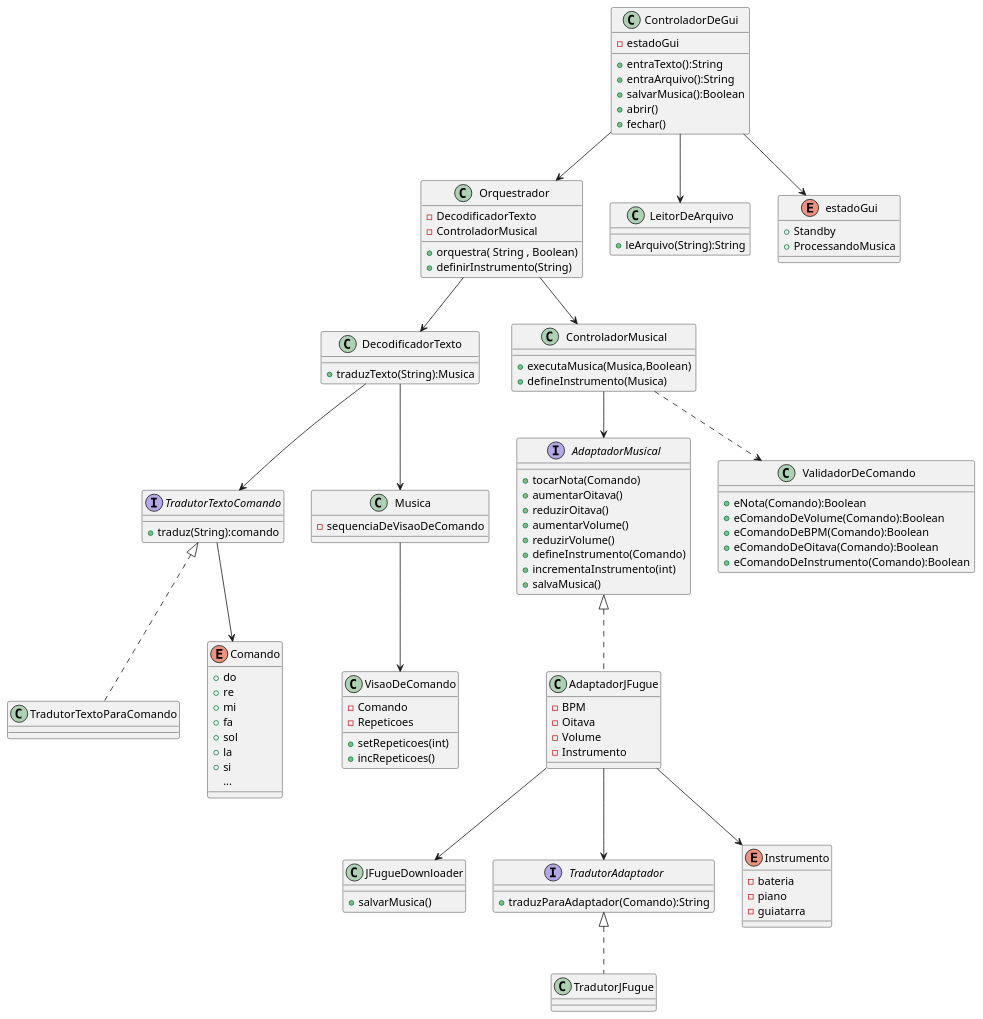
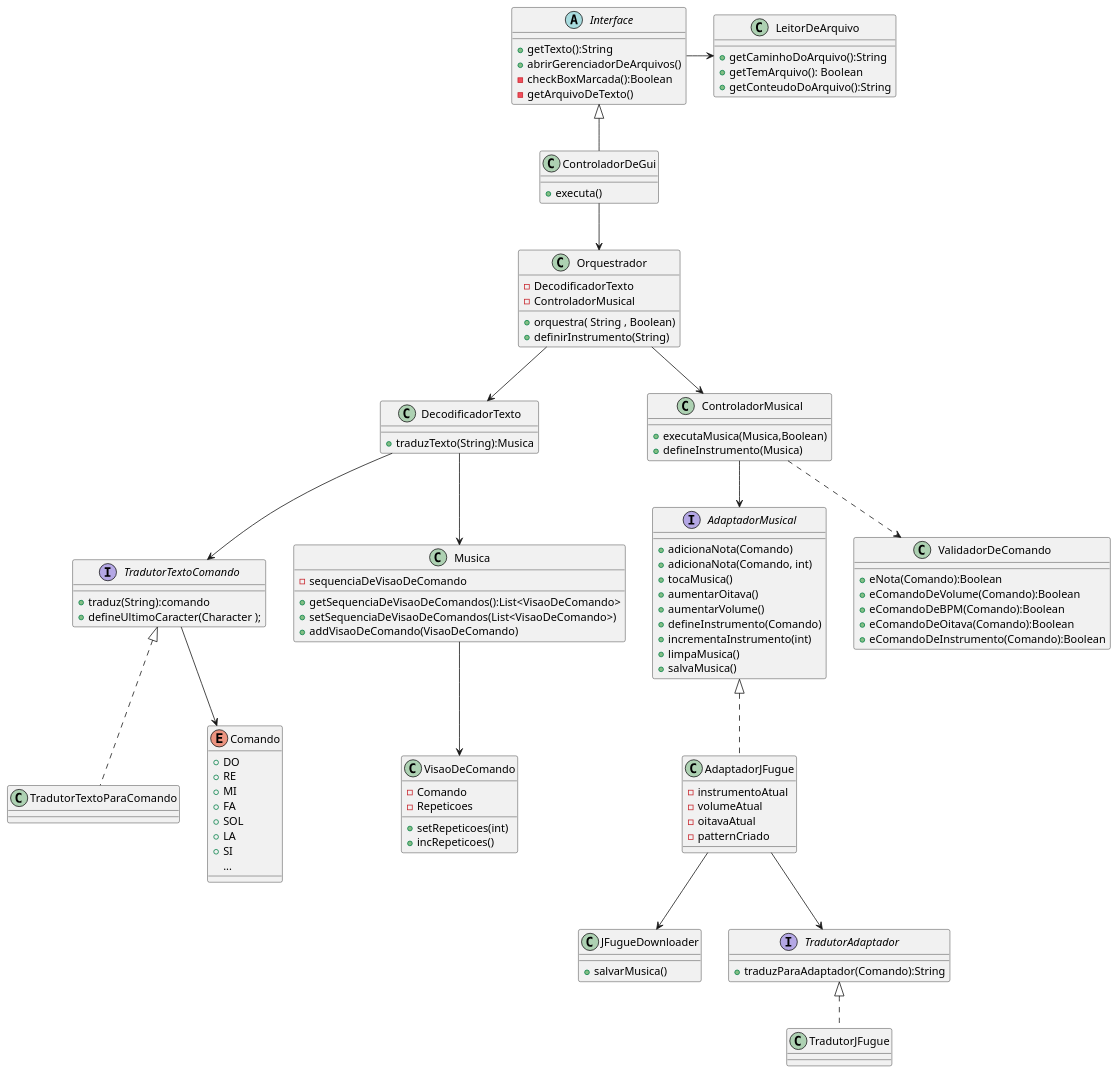
Before and after one commit to JoaoCosme/TCP: the diagram in diagramaDeClasses.puml, drawn with PlantUML. The commit also changed 3 other files, not shown here.

First line of the commit message:
Ajusta diagrama (#40)

```diff
--- a/diagramaDeClasses.puml
+++ b/diagramaDeClasses.puml
@@ -1,126 +1,122 @@
 @startuml classes
 
 class Orquestrador{
     - DecodificadorTexto
     - ControladorMusical
     + orquestra( String , Boolean)
     + definirInstrumento(String)
 }
 
-class ControladorDeGui{
-    - estadoGui
-    + entraTexto():String
-    + entraArquivo():String
-    + salvarMusica():Boolean
-    + abrir()
-    + fechar()
+abstract Interface{
+    +getTexto():String
+    +abrirGerenciadorDeArquivos()
+    -checkBoxMarcada():Boolean
+    -getArquivoDeTexto()
 }
 
 class LeitorDeArquivo{
-    + leArquivo(String):String
+    + getCaminhoDoArquivo():String
+    + getTemArquivo(): Boolean
+    + getConteudoDoArquivo():String
 }
 
-enum estadoGui{
-    + Standby
-    + ProcessandoMusica
+class ControladorDeGui{
+    + executa()
 }
 
 class DecodificadorTexto{
     + traduzTexto(String):Musica
 }
 
 interface TradutorTextoComando{
     + traduz(String):comando
+    + defineUltimoCaracter(Character );
 }
 
 class TradutorTextoParaComando implements TradutorTextoComando{}
 
 class ControladorMusical{
     + executaMusica(Musica,Boolean)
     + defineInstrumento(Musica)
 }
 
 interface AdaptadorMusical{
-    + tocarNota(Comando)
+    + adicionaNota(Comando)
+    + adicionaNota(Comando, int)
+    + tocaMusica()
     + aumentarOitava()
-    + reduzirOitava()
     + aumentarVolume()
-    + reduzirVolume()
     + defineInstrumento(Comando)
     + incrementaInstrumento(int)
+    + limpaMusica()
     + salvaMusica()
 }
 
 class AdaptadorJFugue implements AdaptadorMusical{
-    - BPM
-    - Oitava
-    - Volume
-    - Instrumento
+    - instrumentoAtual
+    - volumeAtual
+    - oitavaAtual
+    - patternCriado
 }
 
 class JFugueDownloader{
     + salvarMusica()
 }
 
 interface TradutorAdaptador{
     + traduzParaAdaptador(Comando):String
 }
 
 class TradutorJFugue implements TradutorAdaptador{
 
 }
 
-enum Instrumento{
-    - bateria
-    - piano
-    - guiatarra
-}
-
 enum Comando{
-    + do
-    + re
-    + mi
-    + fa
-    + sol
-    + la
-    + si
+    + DO
+    + RE
+    + MI
+    + FA
+    + SOL
+    + LA
+    + SI
     ...
 }
 
 class Musica{
     - sequenciaDeVisaoDeComando
+    + getSequenciaDeVisaoDeComandos():List<VisaoDeComando>
+    + setSequenciaDeVisaoDeComandos(List<VisaoDeComando>)
+    + addVisaoDeComando(VisaoDeComando)
 }
 
 class VisaoDeComando{
     - Comando
     - Repeticoes
     + setRepeticoes(int)
     + incRepeticoes()
 }
 
 class ValidadorDeComando{
     + eNota(Comando):Boolean
     + eComandoDeVolume(Comando):Boolean
     + eComandoDeBPM(Comando):Boolean
     + eComandoDeOitava(Comando):Boolean
     + eComandoDeInstrumento(Comando):Boolean
 }
 
-
+Interface <|-- ControladorDeGui
+Interface -> LeitorDeArquivo
 ControladorDeGui --> Orquestrador
-ControladorDeGui --> LeitorDeArquivo
 AdaptadorJFugue --> JFugueDownloader
 Orquestrador --> ControladorMusical
 Orquestrador --> DecodificadorTexto
 DecodificadorTexto --> TradutorTextoComando
 DecodificadorTexto --> Musica
 ControladorMusical --> AdaptadorMusical
 ControladorMusical ..> ValidadorDeComando
 TradutorTextoComando --> Comando
-ControladorDeGui --> estadoGui
-AdaptadorJFugue --> Instrumento
 AdaptadorJFugue --> TradutorAdaptador
 Musica --> VisaoDeComando
 
 
 @enduml
```
